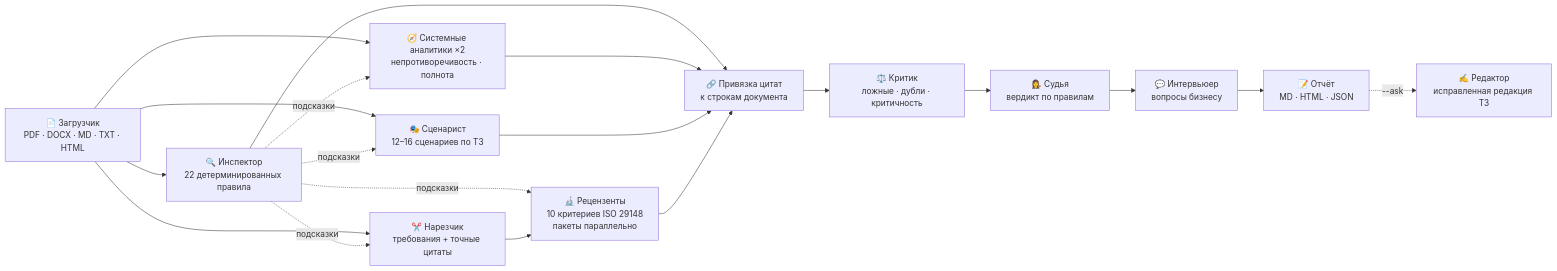
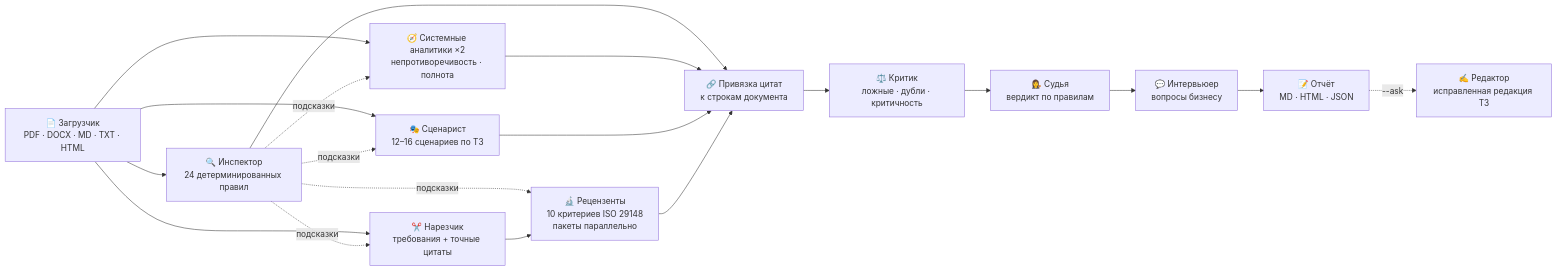
Before and after one commit to khusrav11/solohive: the diagram in README.md, drawn with Mermaid. The commit also changed other lines of this file and 6 other files, not shown here.

````diff
--- a/README.md
+++ b/README.md
@@ -109,18 +109,18 @@
 ```mermaid
 flowchart LR
-    A["📄 Загрузчик<br/>PDF · DOCX · MD · TXT · HTML"] --> B["🔍 Инспектор<br/>22 детерминированных правила"]
+    A["📄 Загрузчик<br/>PDF · DOCX · MD · TXT · HTML"] --> B["🔍 Инспектор<br/>24 детерминированных правил"]
     A --> C["✂️ Нарезчик<br/>требования + точные цитаты"]
     A --> D["🧭 Системные аналитики ×2<br/>непротиворечивость · полнота"]
     A --> S["🎭 Сценарист<br/>12–16 сценариев по ТЗ"]
     B -. подсказки .-> C & D & S & E
     C --> E["🔬 Рецензенты<br/>10 критериев ISO 29148<br/>пакеты параллельно"]
     B --> F["🔗 Привязка цитат<br/>к строкам документа"]
     D --> F
     S --> F
     E --> F
     F --> G["⚖️ Критик<br/>ложные · дубли · критичность"]
     G --> H["👩‍⚖️ Судья<br/>вердикт по правилам"]
     H --> I["💬 Интервьюер<br/>вопросы бизнесу"]
     I --> J["📝 Отчёт<br/>MD · HTML · JSON"]
     J -. "--ask" .-> K["✍️ Редактор<br/>исправленная редакция ТЗ"]
 ```
````
